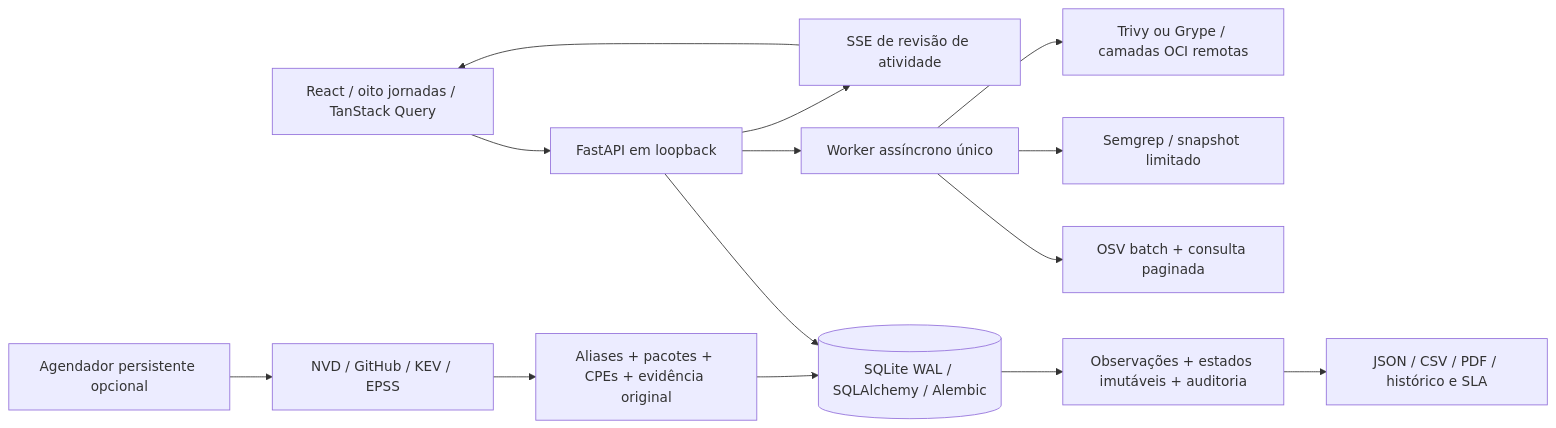
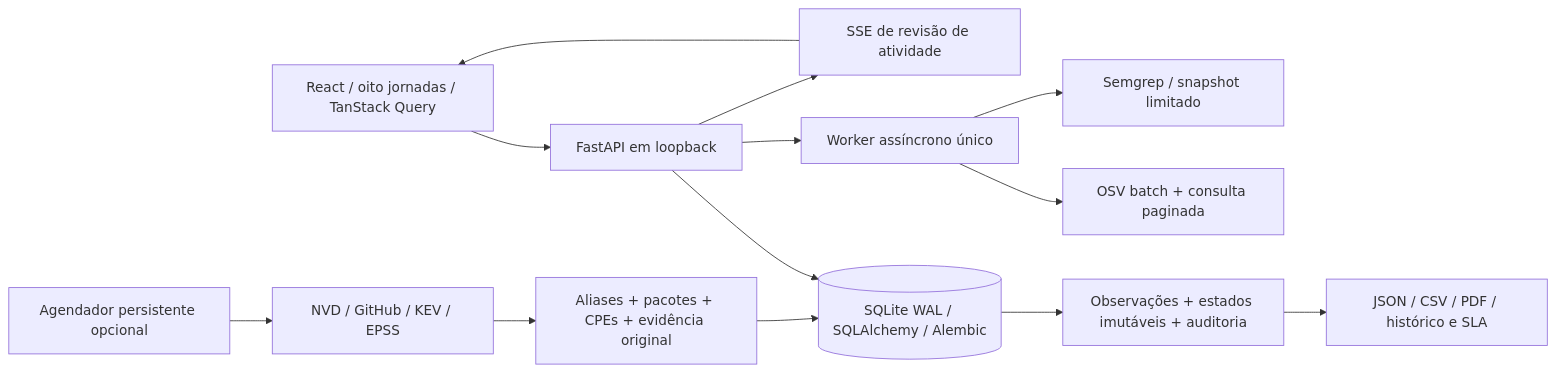
One commit to Ivomsantiago/VulnRadar changed the diagram in docs/ARCHITECTURE.md. Above: the diagram before and after it, drawn with Mermaid. The commit also changed other lines of this file and 30 other files, not shown here.

````diff
--- a/docs/ARCHITECTURE.md
+++ b/docs/ARCHITECTURE.md
@@ -3,16 +3,15 @@
 ```mermaid
 flowchart LR
   UI[React / oito jornadas / TanStack Query] --> API[FastAPI em loopback]
   API --> DB[(SQLite WAL / SQLAlchemy / Alembic)]
   API --> Jobs[Worker assíncrono único]
   Jobs --> OSV[OSV batch + consulta paginada]
   Jobs --> SAST[Semgrep / snapshot limitado]
-  Jobs --> OCI[Trivy ou Grype / camadas OCI remotas]
   Poll[Agendador persistente opcional] --> Sources[NVD / GitHub / KEV / EPSS]
   Sources --> Normalize[Aliases + pacotes + CPEs + evidência original]
   Normalize --> DB
   DB --> History[Observações + estados imutáveis + auditoria]
   History --> Reports[JSON / CSV / PDF / histórico e SLA]
   API --> SSE[SSE de revisão de atividade]
   SSE --> UI
 ```
````
